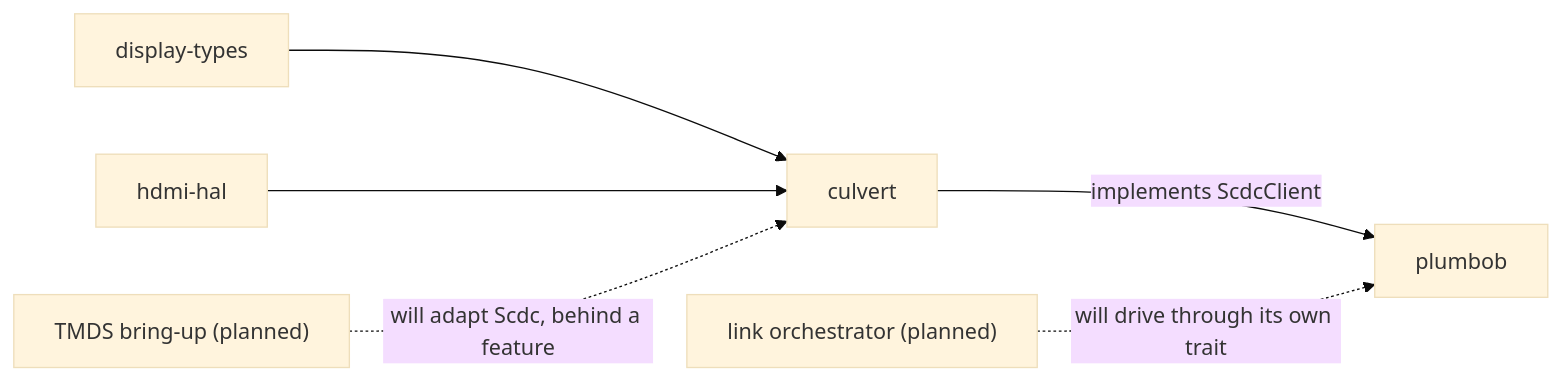
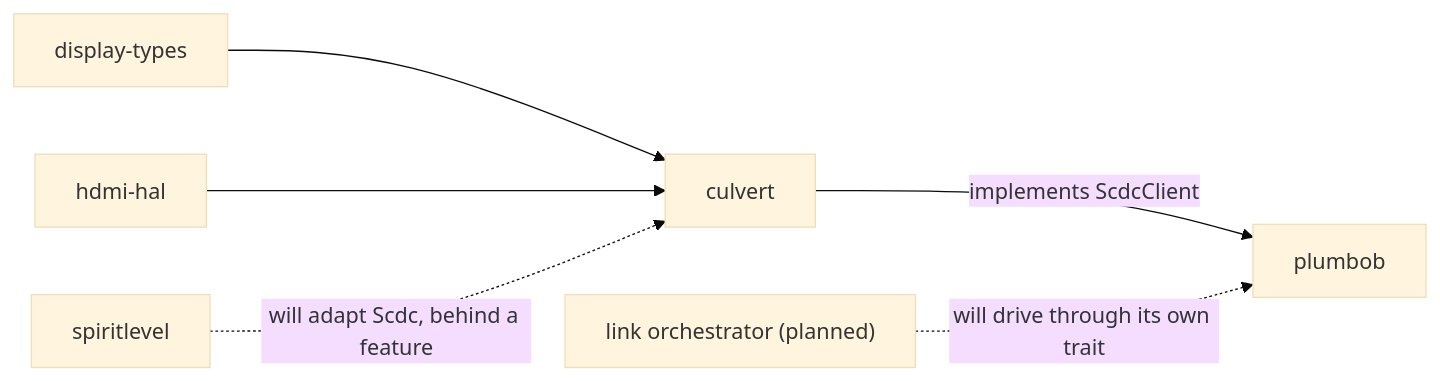
One commit to ashlar-display/culvert changed the diagram in README.md. Above: the diagram before and after it, drawn with Mermaid (base theme). The commit also changed other lines of this file and 2 other files, not shown here.

Commit message:
Adds references to spiritlevel

````diff
--- a/README.md
+++ b/README.md
@@ -133,15 +125,15 @@
 ```mermaid
 flowchart LR
     dt["display-types"]
     hal["hdmi-hal"]
     culvert["culvert"]
     plumbob["plumbob"]
-    tmds["TMDS bring-up (planned)"]
+    tmds["spiritlevel"]
     integration["link orchestrator (planned)"]
 
     dt --> culvert
     hal --> culvert
     culvert -->|"implements ScdcClient"| plumbob
     tmds -.->|"will adapt Scdc, behind a feature"| culvert
     integration -.->|"will drive through its own trait"| plumbob
 ```
````
